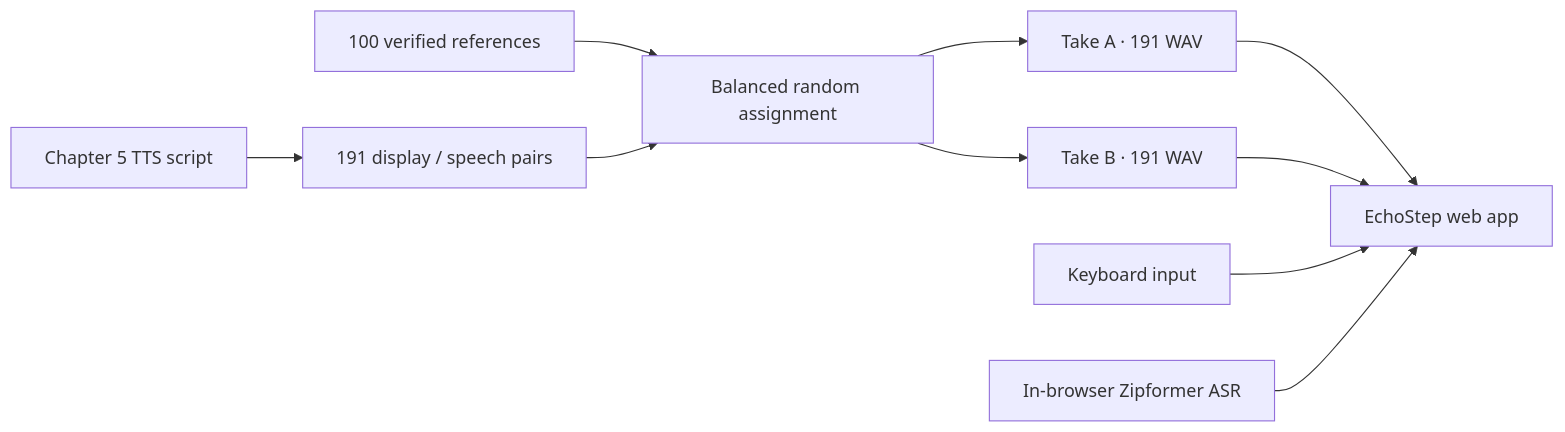
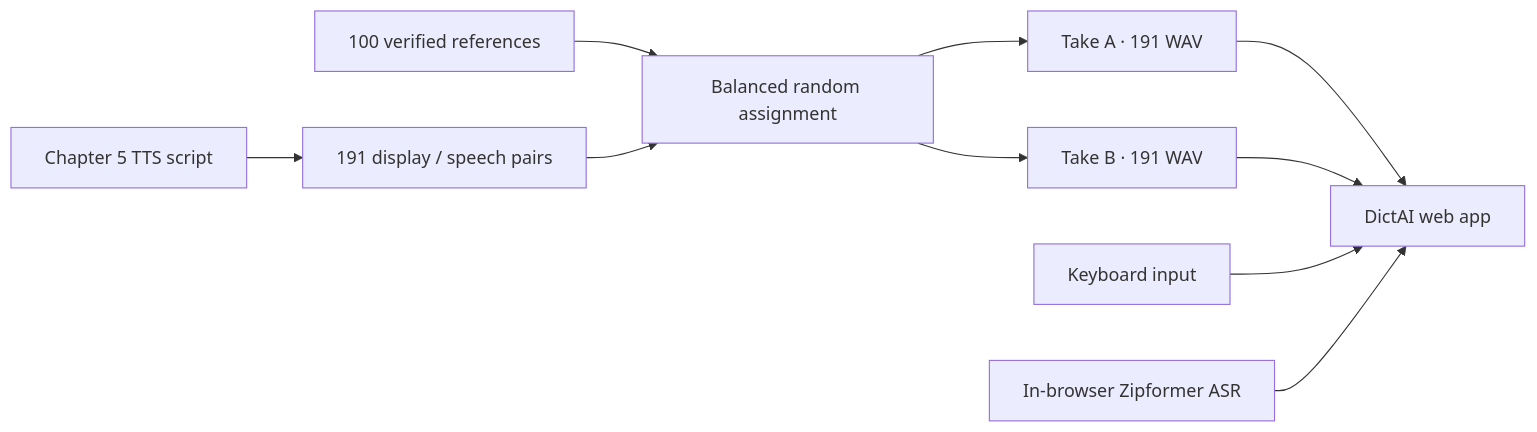
The diagram in README.md (scpark20/dictai), drawn with Mermaid before and after one commit. The commit also changed other lines of this file and 5 other files, not shown here.

````diff
--- a/README.md
+++ b/README.md
@@ -26,12 +25,12 @@
 ```mermaid
 flowchart LR
     A[Chapter 5 TTS script] --> B[191 display / speech pairs]
     C[100 verified references] --> D[Balanced random assignment]
     B --> D
     D --> E[Take A · 191 WAV]
     D --> F[Take B · 191 WAV]
-    E --> G[EchoStep web app]
+    E --> G[DictAI web app]
     F --> G
     H[Keyboard input] --> G
     I[In-browser Zipformer ASR] --> G
 ```
````
